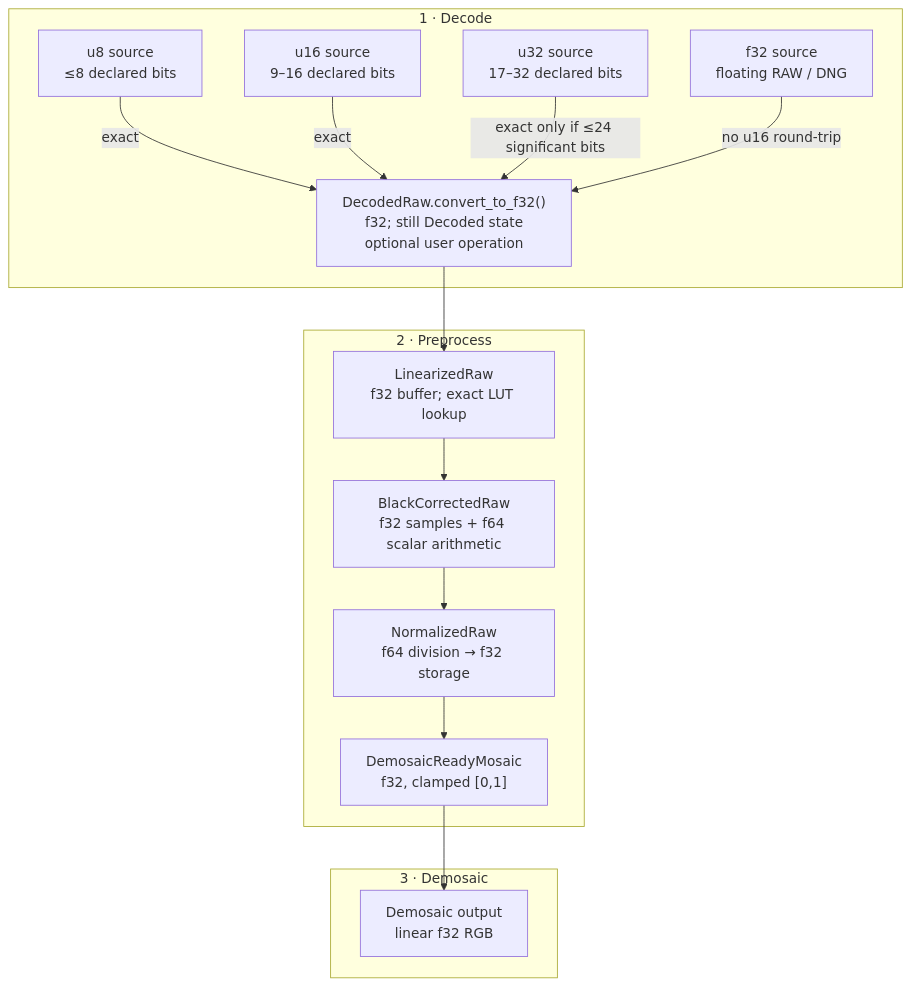
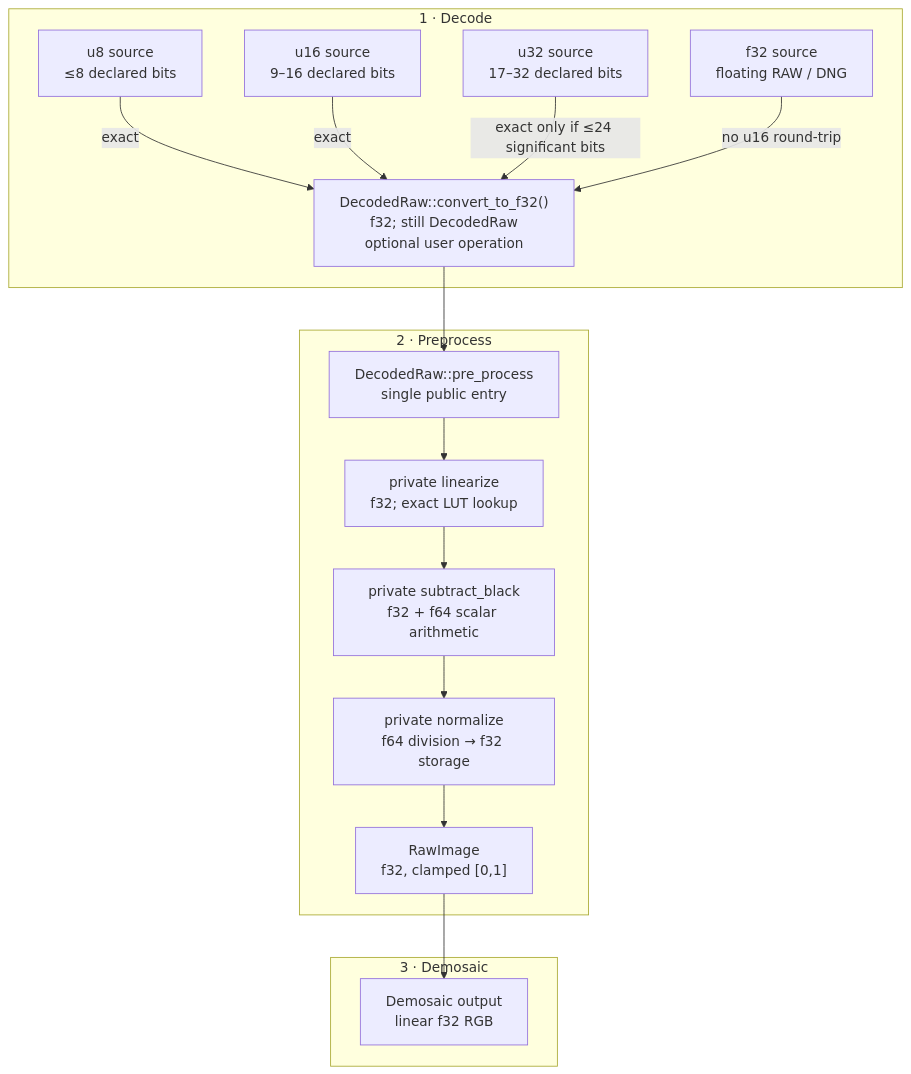
The diagram in docs/raw-pipeline/precision.md (Glatzel/fornax), drawn with Mermaid before and after one commit. The commit also changed other lines of this file and 67 other files, not shown here.

````diff
--- a/docs/raw-pipeline/precision.md
+++ b/docs/raw-pipeline/precision.md
@@ -10,32 +10,34 @@
 ```mermaid
 flowchart TD
     subgraph DecodePhase["1 · Decode"]
         U8["u8 source\n≤8 declared bits"]
         U16["u16 source\n9–16 declared bits"]
         U32["u32 source\n17–32 declared bits"]
         F32S["f32 source\nfloating RAW / DNG"]
-        Work["DecodedRaw.convert_to_f32()\nf32; still Decoded state\noptional user operation"]
+        Work["DecodedRaw::convert_to_f32()\nf32; still DecodedRaw\noptional user operation"]
     end
 
     U8 -->|exact| Work
     U16 -->|exact| Work
     U32 -->|"exact only if ≤24 significant bits"| Work
     F32S -->|no u16 round-trip| Work
 
     subgraph PreprocessPhase["2 · Preprocess"]
-        Linear["LinearizedRaw\nf32 buffer; exact LUT lookup"]
-        Subtract["BlackCorrectedRaw\nf32 samples + f64 scalar arithmetic"]
-        Normalize["NormalizedRaw\nf64 division → f32 storage"]
-        Ready["DemosaicReadyMosaic\nf32, clamped [0,1]"]
+        Preprocess["DecodedRaw::pre_process\nsingle public entry"]
+        Linear["private linearize\nf32; exact LUT lookup"]
+        Subtract["private subtract_black\nf32 + f64 scalar arithmetic"]
+        Normalize["private normalize\nf64 division → f32 storage"]
+        Ready["RawImage\nf32, clamped [0,1]"]
     end
 
     subgraph DemosaicPhase["3 · Demosaic"]
         Demo["Demosaic output\nlinear f32 RGB"]
     end
 
-    Work --> Linear
+    Work --> Preprocess
+    Preprocess --> Linear
     Linear --> Subtract
     Subtract --> Normalize
     Normalize --> Ready
     Ready --> Demo
 ```
````
